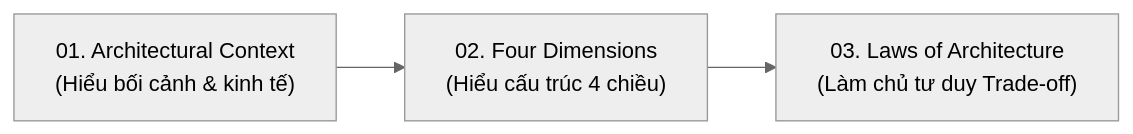
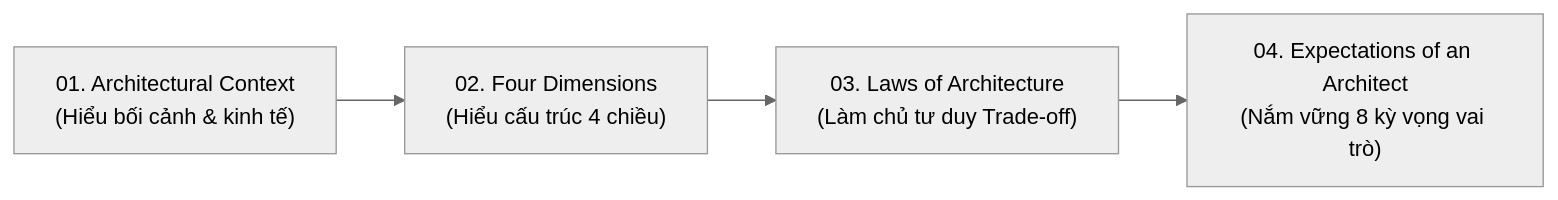
Before and after one commit to MaiTheHao/docs: the diagram in release/software_architecture/00_introduction/README.md, drawn with Mermaid (neutral theme). The commit also changed other lines of this file and 2 other files, not shown here.

Commit message:
docs: add expectations of an architect guide and update architecture documentation structure

````diff
--- a/release/software_architecture/00_introduction/README.md
+++ b/release/software_architecture/00_introduction/README.md
@@ -34,8 +34,9 @@
 ```mermaid
 graph LR
     accTitle: Tiến trình Đọc và Học tập Fundamentals
-    accDescr: Sơ đồ luồng thứ tự đọc tài liệu từ Bối cảnh đến 4 Dimensions và Quy luật Kiến trúc
+    accDescr: Sơ đồ luồng thứ tự đọc tài liệu từ Bối cảnh đến 4 Dimensions, Quy luật Kiến trúc và 8 Kỳ vọng đối với Kiến trúc sư
 
     step1["01. Architectural Context<br/>(Hiểu bối cảnh & kinh tế)"] --> step2["02. Four Dimensions<br/>(Hiểu cấu trúc 4 chiều)"]
     step2 --> step3["03. Laws of Architecture<br/>(Làm chủ tư duy Trade-off)"]
+    step3 --> step4["04. Expectations of an Architect<br/>(Nắm vững 8 kỳ vọng vai trò)"]
 ```
````
